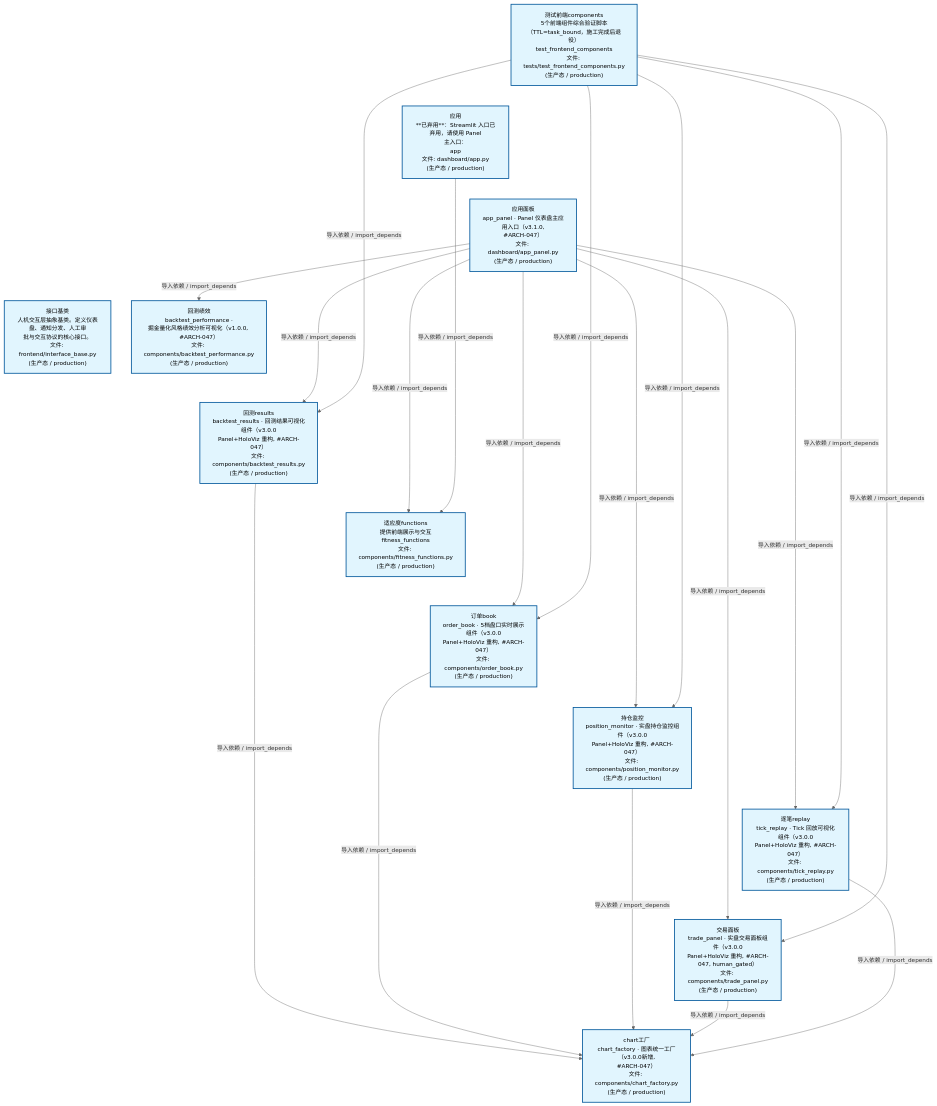
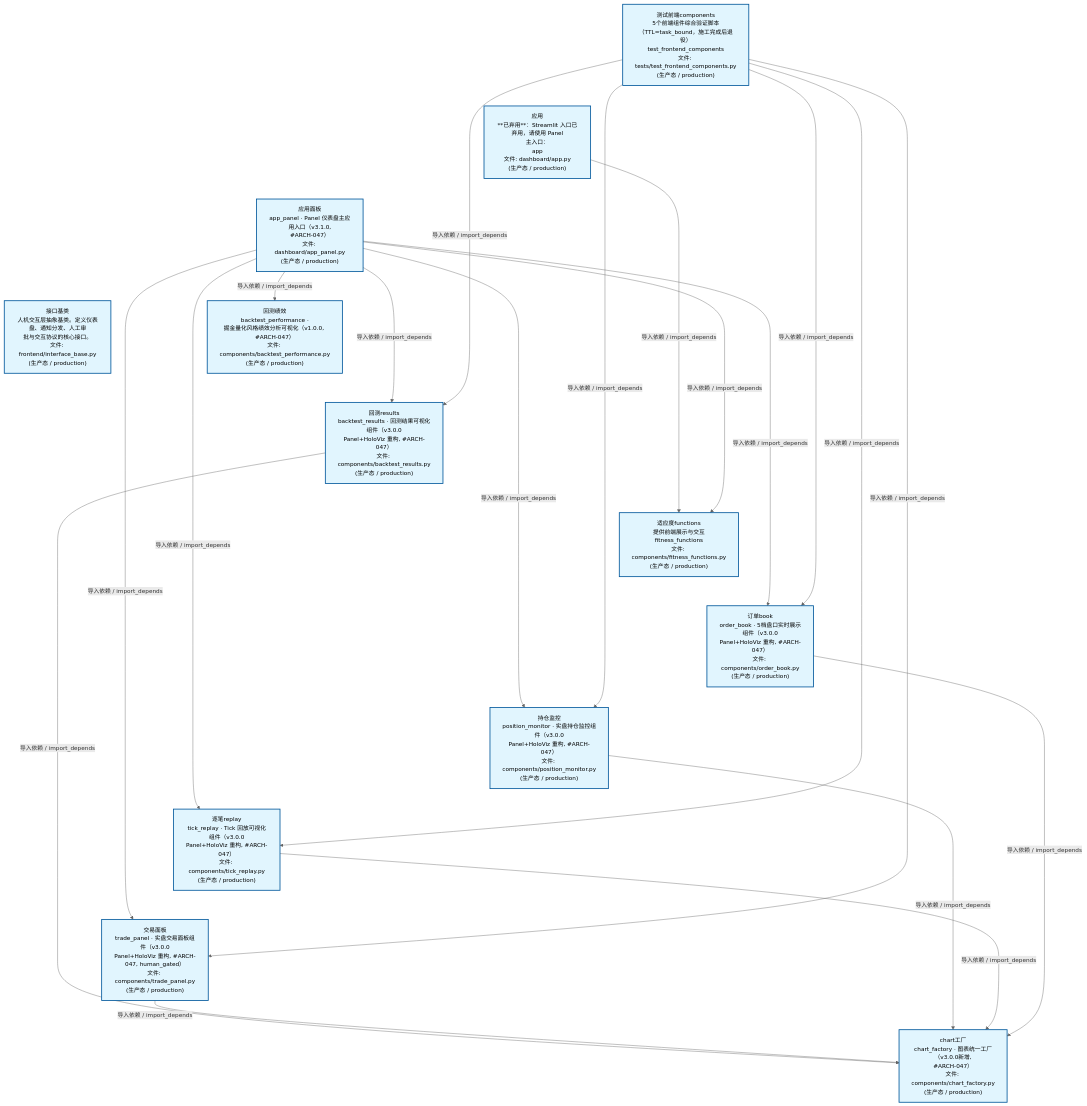
One commit to xuanFelixVan/ZephyrAlpha changed the second of 4 diagrams in docs/02_enterprise_architecture/02_domain_architecture_docs/47_d_frontend.md. Above: the diagram before and after it, drawn with Mermaid. The commit also changed other lines of this file and 46 other files, not shown here.

````diff
--- a/docs/02_enterprise_architecture/02_domain_architecture_docs/47_d_frontend.md
+++ b/docs/02_enterprise_architecture/02_domain_architecture_docs/47_d_frontend.md
@@ -124,48 +124,48 @@
 ```mermaid
 %%{init: {'theme': 'base', 'themeVariables': {'primaryColor': '#eaeaea', 'primaryTextColor': '#333333', 'primaryBorderColor': '#666666', 'lineColor': '#666666', 'secondaryColor': '#eaeaea', 'tertiaryColor': '#eaeaea', 'fontSize': '14px'}}}%%
 flowchart TD
     scripts_tests_test_frontend_components_py["测试前端components<br/>5个前端组件综合验证脚本<br/>（TTL=task_bound，施工完成后退役）<br/>test_frontend_components<br/>文件: tests/test_frontend_components.py<br/>(生产态 / production)"]
     src_zephyr_frontend_dashboard_app_py["应用<br/>**已弃用**：Streamlit 入口已弃用，请使用 Panel<br/>主入口：<br/>app<br/>文件: dashboard/app.py<br/>(生产态 / production)"]
     src_zephyr_frontend_dashboard_app_panel_py["应用面板<br/>app_panel · Panel 仪表盘主应用入口（v3.1.0,<br/>#ARCH-047）<br/>文件: dashboard/app_panel.py<br/>(生产态 / production)"]
     src_zephyr_frontend_interface_base_py["接口基类<br/>人机交互层抽象基类。定义仪表盘、通知分发、人工审<br/>批与交互协议的核心接口。<br/>文件: frontend/interface_base.py<br/>(生产态 / production)"]
     scripts_tests_test_frontend_components_py ~~~ src_zephyr_frontend_dashboard_app_py
     src_zephyr_frontend_dashboard_app_py ~~~ src_zephyr_frontend_dashboard_app_panel_py
     src_zephyr_frontend_dashboard_app_panel_py ~~~ src_zephyr_frontend_interface_base_py
     src_zephyr_frontend_dashboard_components_backtest_performance_py["回测绩效<br/>backtest_performance ·<br/>掘金量化风格绩效分析可视化（v1.0.0, #ARCH-047）<br/>文件: components/backtest_performance.py<br/>(生产态 / production)"]
     src_zephyr_frontend_dashboard_components_backtest_results_py["回测results<br/>backtest_results · 回测结果可视化组件（v3.0.0<br/>Panel+HoloViz 重构, #ARCH-047）<br/>文件: components/backtest_results.py<br/>(生产态 / production)"]
     src_zephyr_frontend_dashboard_components_fitness_functions_py["适应度functions<br/>提供前端展示与交互<br/>fitness_functions<br/>文件: components/fitness_functions.py<br/>(生产态 / production)"]
     src_zephyr_frontend_dashboard_components_order_book_py["订单book<br/>order_book · 5档盘口实时展示组件（v3.0.0<br/>Panel+HoloViz 重构, #ARCH-047）<br/>文件: components/order_book.py<br/>(生产态 / production)"]
     src_zephyr_frontend_dashboard_components_position_monitor_py["持仓监控<br/>position_monitor · 实盘持仓监控组件（v3.0.0<br/>Panel+HoloViz 重构, #ARCH-047）<br/>文件: components/position_monitor.py<br/>(生产态 / production)"]
     src_zephyr_frontend_dashboard_components_tick_replay_py["逐笔replay<br/>tick_replay · Tick 回放可视化组件（v3.0.0<br/>Panel+HoloViz 重构, #ARCH-047）<br/>文件: components/tick_replay.py<br/>(生产态 / production)"]
     src_zephyr_frontend_dashboard_components_trade_panel_py["交易面板<br/>trade_panel · 实盘交易面板组件（v3.0.0<br/>Panel+HoloViz 重构, #ARCH-047, human_gated）<br/>文件: components/trade_panel.py<br/>(生产态 / production)"]
     src_zephyr_frontend_dashboard_components_backtest_performance_py ~~~ src_zephyr_frontend_dashboard_components_backtest_results_py
     src_zephyr_frontend_dashboard_components_backtest_results_py ~~~ src_zephyr_frontend_dashboard_components_fitness_functions_py
     src_zephyr_frontend_dashboard_components_fitness_functions_py ~~~ src_zephyr_frontend_dashboard_components_order_book_py
     src_zephyr_frontend_dashboard_components_order_book_py ~~~ src_zephyr_frontend_dashboard_components_position_monitor_py
     src_zephyr_frontend_dashboard_components_position_monitor_py ~~~ src_zephyr_frontend_dashboard_components_tick_replay_py
     src_zephyr_frontend_dashboard_components_tick_replay_py ~~~ src_zephyr_frontend_dashboard_components_trade_panel_py
     src_zephyr_frontend_dashboard_components_chart_factory_py["chart工厂<br/>chart_factory · 图表统一工厂（v3.0.0新增,<br/>#ARCH-047）<br/>文件: components/chart_factory.py<br/>(生产态 / production)"]
-    src_zephyr_frontend_dashboard_app_panel_py -->|导入依赖 / import_depends| src_zephyr_frontend_dashboard_components_backtest_results_py
+    src_zephyr_frontend_dashboard_app_py -->|导入依赖 / import_depends| src_zephyr_frontend_dashboard_components_fitness_functions_py
     src_zephyr_frontend_dashboard_app_panel_py -->|导入依赖 / import_depends| src_zephyr_frontend_dashboard_components_fitness_functions_py
     src_zephyr_frontend_dashboard_app_panel_py -->|导入依赖 / import_depends| src_zephyr_frontend_dashboard_components_backtest_performance_py
+    src_zephyr_frontend_dashboard_app_panel_py -->|导入依赖 / import_depends| src_zephyr_frontend_dashboard_components_backtest_results_py
+    src_zephyr_frontend_dashboard_app_panel_py -->|导入依赖 / import_depends| src_zephyr_frontend_dashboard_components_trade_panel_py
+    src_zephyr_frontend_dashboard_app_panel_py -->|导入依赖 / import_depends| src_zephyr_frontend_dashboard_components_position_monitor_py
+    src_zephyr_frontend_dashboard_app_panel_py -->|导入依赖 / import_depends| src_zephyr_frontend_dashboard_components_tick_replay_py
     src_zephyr_frontend_dashboard_app_panel_py -->|导入依赖 / import_depends| src_zephyr_frontend_dashboard_components_order_book_py
-    src_zephyr_frontend_dashboard_app_panel_py -->|导入依赖 / import_depends| src_zephyr_frontend_dashboard_components_position_monitor_py
-    src_zephyr_frontend_dashboard_app_panel_py -->|导入依赖 / import_depends| src_zephyr_frontend_dashboard_components_trade_panel_py
-    src_zephyr_frontend_dashboard_app_panel_py -->|导入依赖 / import_depends| src_zephyr_frontend_dashboard_components_tick_replay_py
-    src_zephyr_frontend_dashboard_app_py -->|导入依赖 / import_depends| src_zephyr_frontend_dashboard_components_fitness_functions_py
     src_zephyr_frontend_dashboard_components_backtest_results_py -->|导入依赖 / import_depends| src_zephyr_frontend_dashboard_components_chart_factory_py
+    src_zephyr_frontend_dashboard_components_trade_panel_py -->|导入依赖 / import_depends| src_zephyr_frontend_dashboard_components_chart_factory_py
+    src_zephyr_frontend_dashboard_components_position_monitor_py -->|导入依赖 / import_depends| src_zephyr_frontend_dashboard_components_chart_factory_py
+    src_zephyr_frontend_dashboard_components_tick_replay_py -->|导入依赖 / import_depends| src_zephyr_frontend_dashboard_components_chart_factory_py
     src_zephyr_frontend_dashboard_components_order_book_py -->|导入依赖 / import_depends| src_zephyr_frontend_dashboard_components_chart_factory_py
-    src_zephyr_frontend_dashboard_components_position_monitor_py -->|导入依赖 / import_depends| src_zephyr_frontend_dashboard_components_chart_factory_py
-    src_zephyr_frontend_dashboard_components_trade_panel_py -->|导入依赖 / import_depends| src_zephyr_frontend_dashboard_components_chart_factory_py
-    src_zephyr_frontend_dashboard_components_tick_replay_py -->|导入依赖 / import_depends| src_zephyr_frontend_dashboard_components_chart_factory_py
     scripts_tests_test_frontend_components_py -->|导入依赖 / import_depends| src_zephyr_frontend_dashboard_components_backtest_results_py
+    scripts_tests_test_frontend_components_py -->|导入依赖 / import_depends| src_zephyr_frontend_dashboard_components_trade_panel_py
+    scripts_tests_test_frontend_components_py -->|导入依赖 / import_depends| src_zephyr_frontend_dashboard_components_position_monitor_py
+    scripts_tests_test_frontend_components_py -->|导入依赖 / import_depends| src_zephyr_frontend_dashboard_components_tick_replay_py
     scripts_tests_test_frontend_components_py -->|导入依赖 / import_depends| src_zephyr_frontend_dashboard_components_order_book_py
-    scripts_tests_test_frontend_components_py -->|导入依赖 / import_depends| src_zephyr_frontend_dashboard_components_position_monitor_py
-    scripts_tests_test_frontend_components_py -->|导入依赖 / import_depends| src_zephyr_frontend_dashboard_components_trade_panel_py
-    scripts_tests_test_frontend_components_py -->|导入依赖 / import_depends| src_zephyr_frontend_dashboard_components_tick_replay_py
     classDef production fill:#e1f5fe,stroke:#01579b,stroke-width:2px,color:#000
     classDef design fill:#fff3e0,stroke:#e65100,stroke-width:2px,color:#000,stroke-dasharray: 5 5
     classDef external_prod fill:#e8f4fd,stroke:#0277bd,stroke-width:1px,color:#000
     classDef external_design fill:#fff8e7,stroke:#ef6c00,stroke-width:1px,color:#000,stroke-dasharray: 5 5
     class scripts_tests_test_frontend_components_py,src_zephyr_frontend_dashboard_app_py,src_zephyr_frontend_dashboard_app_panel_py,src_zephyr_frontend_dashboard_components_backtest_performance_py,src_zephyr_frontend_dashboard_components_backtest_results_py,src_zephyr_frontend_dashboard_components_chart_factory_py,src_zephyr_frontend_dashboard_components_fitness_functions_py,src_zephyr_frontend_dashboard_components_order_book_py,src_zephyr_frontend_dashboard_components_position_monitor_py,src_zephyr_frontend_dashboard_components_tick_replay_py,src_zephyr_frontend_dashboard_components_trade_panel_py,src_zephyr_frontend_interface_base_py production
 ```
````
